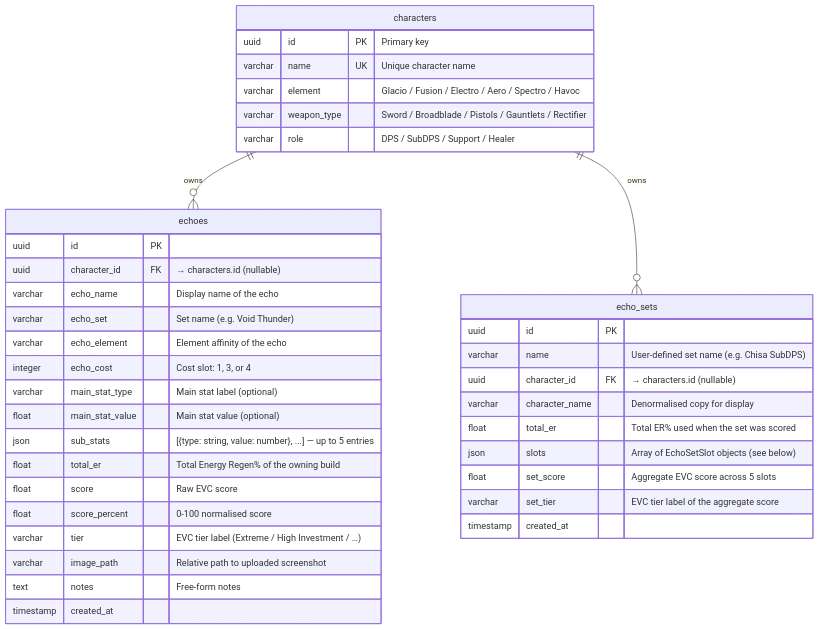
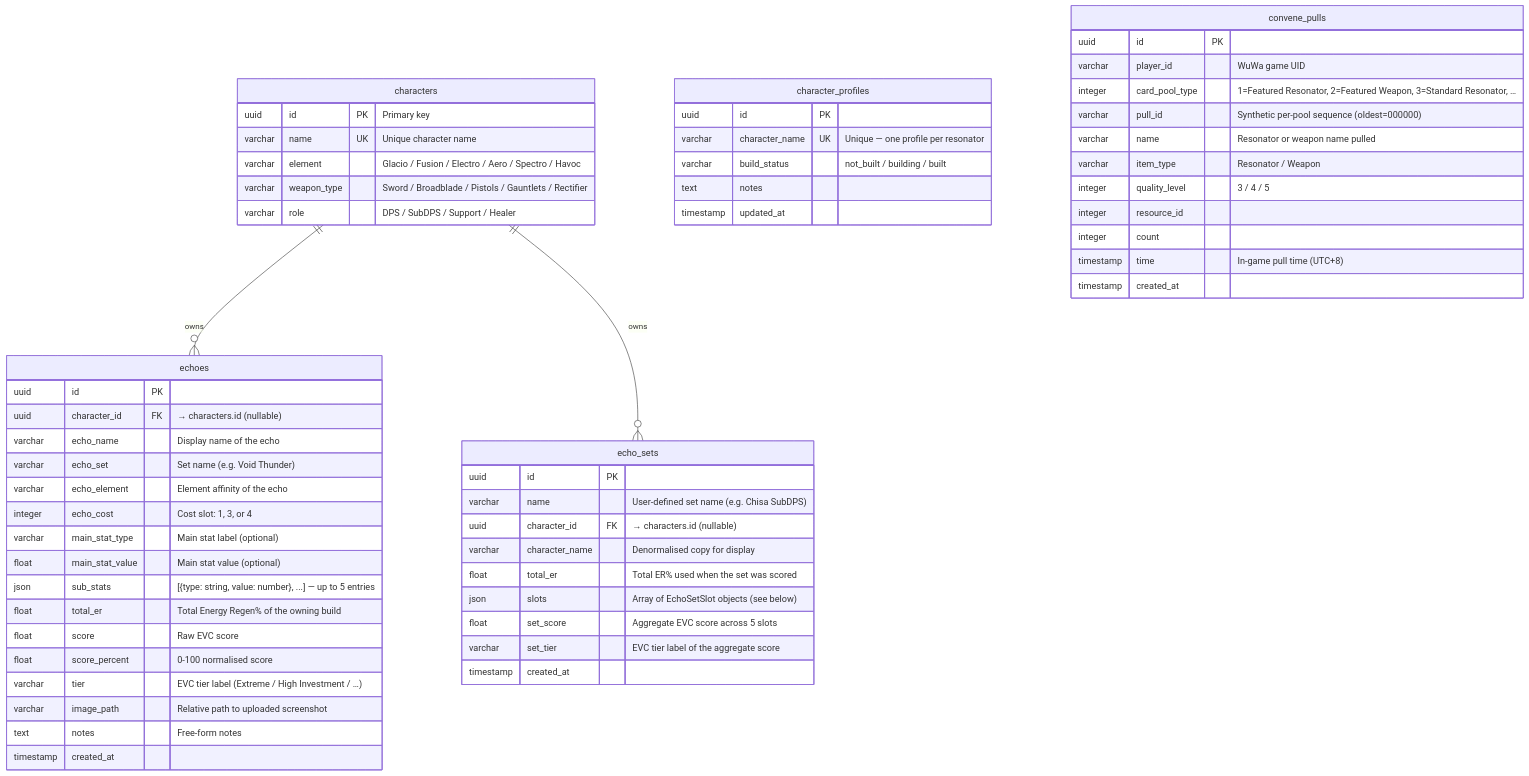
One commit to MinhBN-dev/wuwa-toolkit changed the diagram in docs/db_schema.md. Above: the diagram before and after it, drawn with Mermaid. The commit also changed other lines of this file and 18 other files, not shown here.

````diff
--- a/docs/db_schema.md
+++ b/docs/db_schema.md
@@ -5,44 +5,66 @@
 ```mermaid
 erDiagram
     characters {
         uuid    id          PK  "Primary key"
         varchar name        UK  "Unique character name"
         varchar element         "Glacio / Fusion / Electro / Aero / Spectro / Havoc"
         varchar weapon_type     "Sword / Broadblade / Pistols / Gauntlets / Rectifier"
         varchar role            "DPS / SubDPS / Support / Healer"
     }
 
     echoes {
         uuid    id              PK
         uuid    character_id    FK  "→ characters.id (nullable)"
         varchar echo_name           "Display name of the echo"
         varchar echo_set            "Set name (e.g. Void Thunder)"
         varchar echo_element        "Element affinity of the echo"
         integer echo_cost           "Cost slot: 1, 3, or 4"
         varchar main_stat_type      "Main stat label (optional)"
         float   main_stat_value     "Main stat value (optional)"
         json    sub_stats           "[{type: string, value: number}, ...]  — up to 5 entries"
         float   total_er            "Total Energy Regen% of the owning build"
         float   score               "Raw EVC score"
         float   score_percent       "0-100 normalised score"
         varchar tier                "EVC tier label (Extreme / High Investment / …)"
         varchar image_path          "Relative path to uploaded screenshot"
         text    notes               "Free-form notes"
         timestamp created_at
     }
 
     echo_sets {
         uuid    id              PK
         varchar name                "User-defined set name (e.g. Chisa SubDPS)"
         uuid    character_id    FK  "→ characters.id (nullable)"
         varchar character_name      "Denormalised copy for display"
         float   total_er            "Total ER% used when the set was scored"
         json    slots               "Array of EchoSetSlot objects (see below)"
         float   set_score           "Aggregate EVC score across 5 slots"
         varchar set_tier            "EVC tier label of the aggregate score"
         timestamp created_at
     }
 
+    character_profiles {
+        uuid    id              PK
+        varchar character_name  UK  "Unique — one profile per resonator"
+        varchar build_status        "not_built / building / built"
+        text    notes
+        timestamp updated_at
+    }
+
+    convene_pulls {
+        uuid    id              PK
+        varchar player_id           "WuWa game UID"
+        integer card_pool_type      "1=Featured Resonator, 2=Featured Weapon, 3=Standard Resonator, …"
+        varchar pull_id             "Synthetic per-pool sequence (oldest=000000)"
+        varchar name                "Resonator or weapon name pulled"
+        varchar item_type           "Resonator / Weapon"
+        integer quality_level       "3 / 4 / 5"
+        integer resource_id
+        integer count
+        timestamp time              "In-game pull time (UTC+8)"
+        timestamp created_at
+    }
+
     characters ||--o{ echoes      : "owns"
     characters ||--o{ echo_sets   : "owns"
 ```
````
